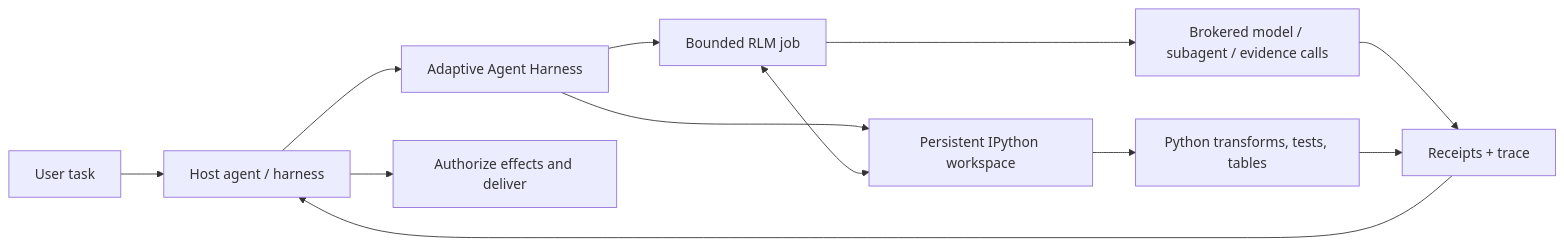
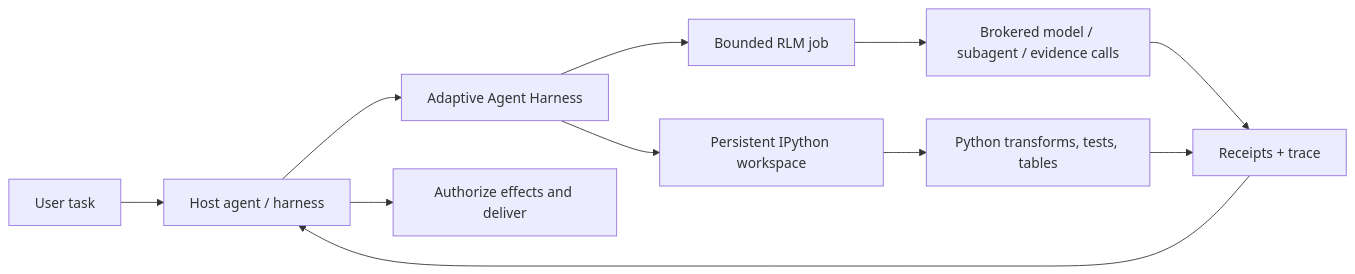
The diagram in README.md (phenomenoner/adaptive-agent-harness), drawn with Mermaid before and after one commit. The commit also changed other lines of this file and 59 other files, not shown here.

````diff
--- a/README.md
+++ b/README.md
@@ -101,14 +103,13 @@
 ```mermaid
 flowchart LR
     U[User task] --> H[Host agent / harness]
     H --> A[Adaptive Agent Harness]
     A --> R[Bounded RLM job]
     A --> I[Persistent IPython workspace]
-    R <--> I
     R --> B[Brokered model / subagent / evidence calls]
     I --> P[Python transforms, tests, tables]
     B --> E[Receipts + trace]
     P --> E
     E --> H
     H --> D[Authorize effects and deliver]
 ```
````
